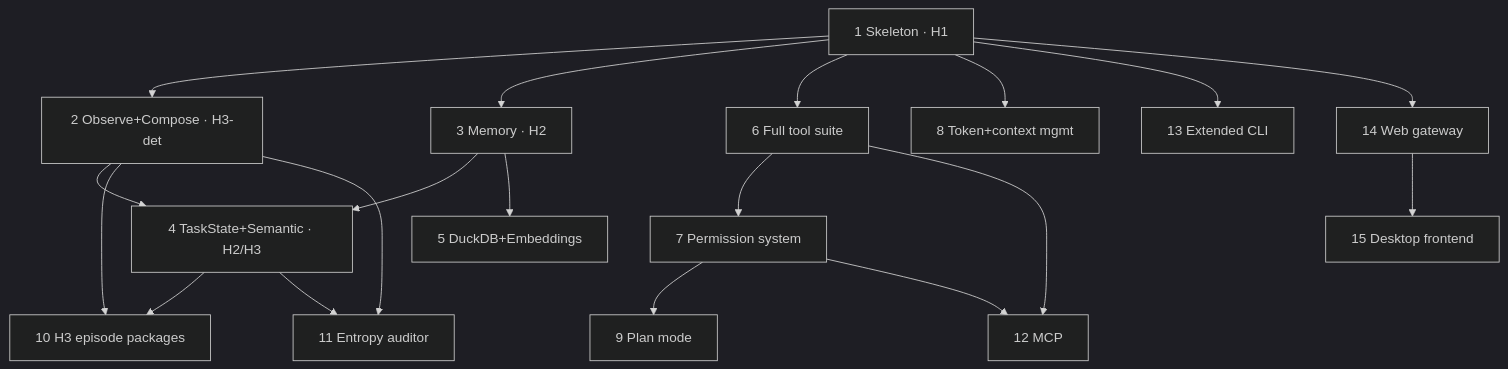
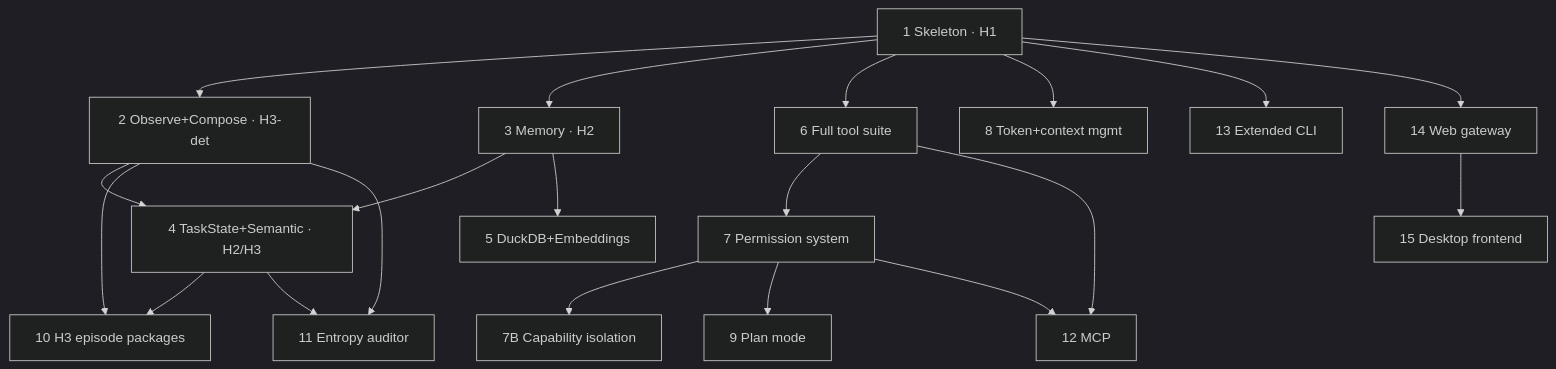
Before and after one commit to Rusty-Mill/rusty_mill: the diagram in BACKLOG.md, drawn with Mermaid (dark theme). The commit also changed other lines of this file and 16 other files, not shown here.

````diff
--- a/BACKLOG.md
+++ b/BACKLOG.md
@@ -23,21 +23,22 @@
 ```mermaid
 graph TD
     P1[1 Skeleton · H1] --> P2[2 Observe+Compose · H3-det]
     P1 --> P3[3 Memory · H2]
     P2 --> P4[4 TaskState+Semantic · H2/H3]
     P3 --> P4
     P3 --> P5[5 DuckDB+Embeddings]
     P1 --> P6[6 Full tool suite]
     P6 --> P7[7 Permission system]
+    P7 --> P7B[7B Capability isolation]
     P1 --> P8[8 Token+context mgmt]
     P7 --> P9[9 Plan mode]
     P2 --> P10[10 H3 episode packages]
     P4 --> P10
     P2 --> P11[11 Entropy auditor]
     P4 --> P11
     P6 --> P12[12 MCP]
     P7 --> P12
     P1 --> P13[13 Extended CLI]
     P1 --> P14[14 Web gateway]
     P14 --> P15[15 Desktop frontend]
 ```
````
